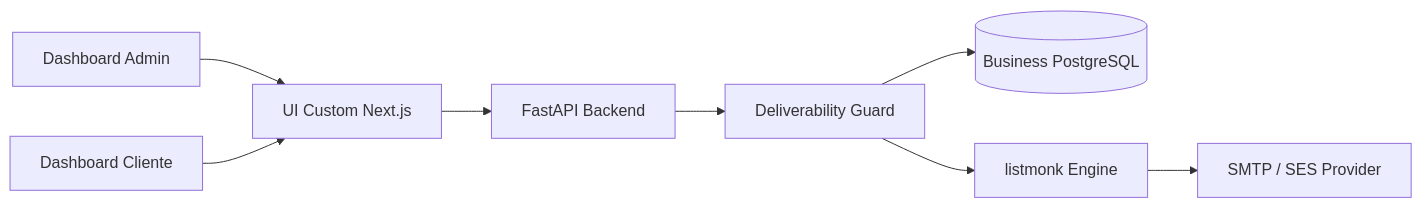
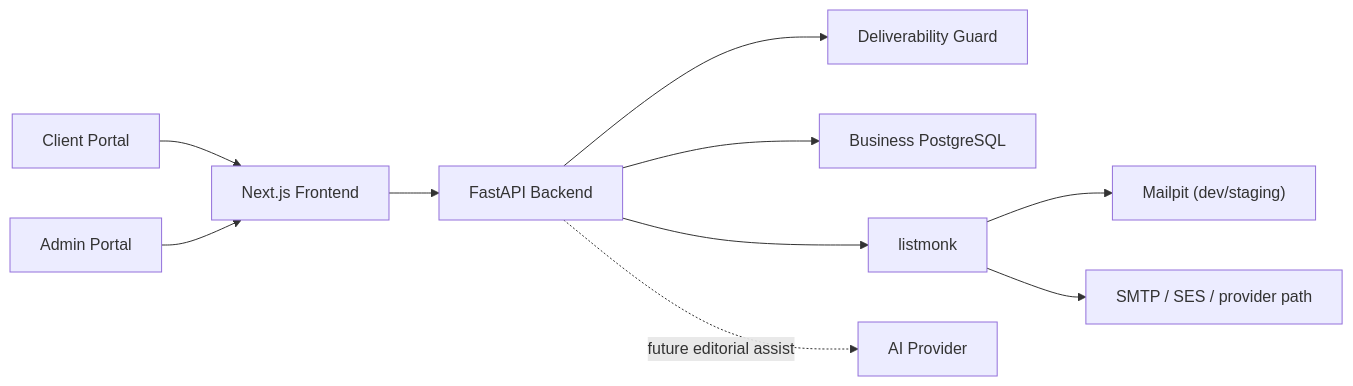
One commit to piant4/Sendwise changed the diagram in docs/architecture_v1.md. Above: the diagram before and after it, drawn with Mermaid. The commit also changed other lines of this file and 7 other files, not shown here.

````diff
--- a/docs/architecture_v1.md
+++ b/docs/architecture_v1.md
@@ -11,10 +11,12 @@
 ```mermaid
 flowchart LR
-    Admin[Dashboard Admin] --> UI[UI Custom Next.js]
-    Client[Dashboard Cliente] --> UI
-    UI --> API[FastAPI Backend]
-    API --> Guard[Deliverability Guard]
-    Guard --> DB[(Business PostgreSQL)]
-    Guard --> LM[listmonk Engine]
-    LM --> SMTP[SMTP / SES Provider]
+    Client["Client Portal"] --> UI["Next.js Frontend"]
+    Admin["Admin Portal"] --> UI
+    UI --> API["FastAPI Backend"]
+    API --> Guard["Deliverability Guard"]
+    API --> DB["Business PostgreSQL"]
+    API --> LM["listmonk"]
+    LM --> Mailpit["Mailpit (dev/staging)"]
+    LM --> Provider["SMTP / SES / provider path"]
+    API -. future editorial assist .-> AI["AI Provider"]
 ```
````
